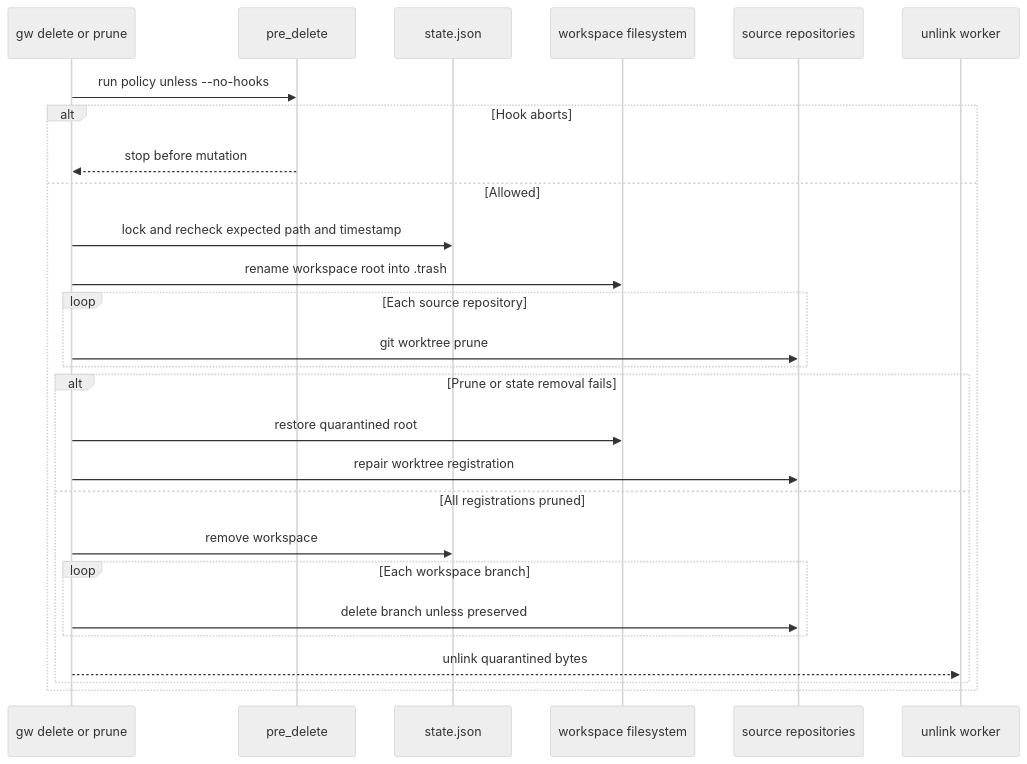
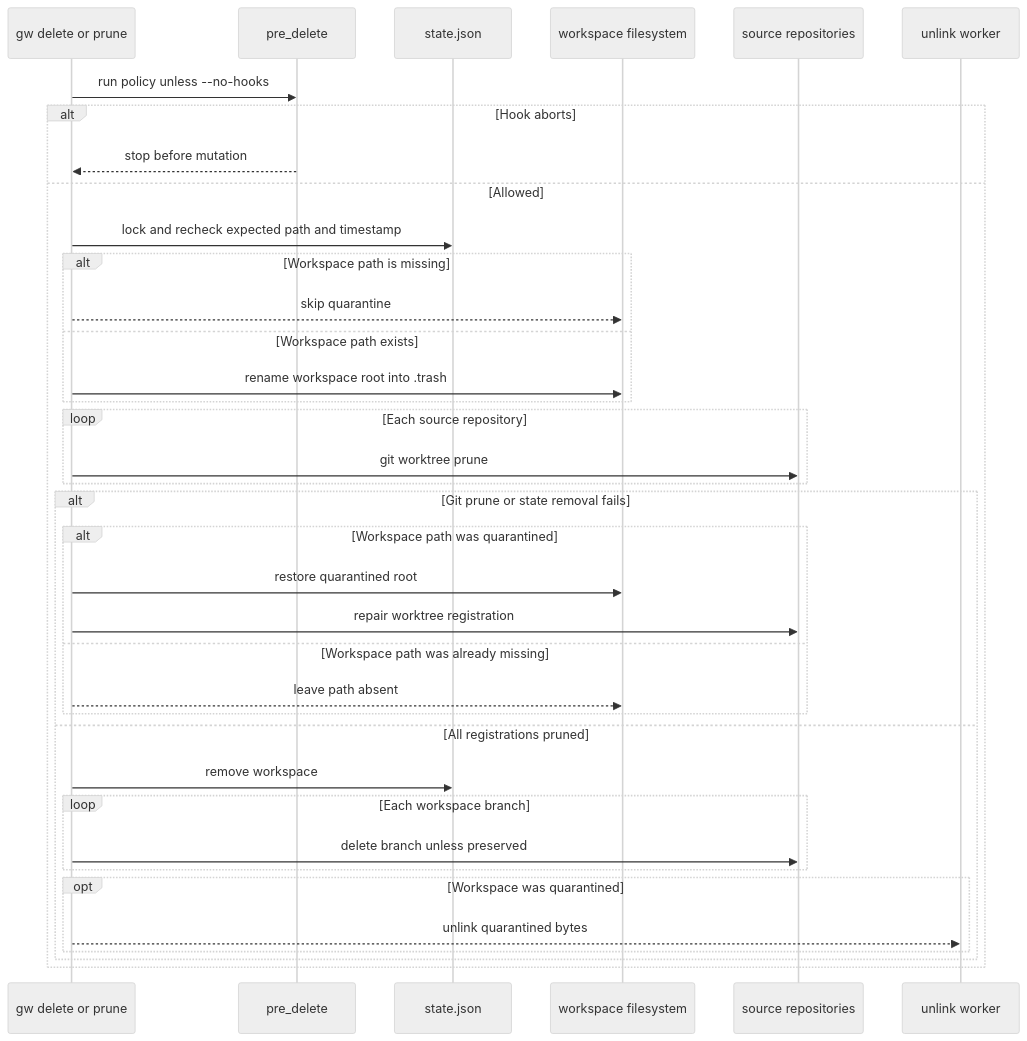
Before and after one commit to nicksenap/grove: the second of 2 diagrams in openwiki/workflows.md, drawn with Mermaid (neutral theme). The commit also changed other lines of this file and 21 other files, not shown here.

````diff
--- a/openwiki/workflows.md
+++ b/openwiki/workflows.md
@@ -163,29 +165,39 @@
 ```mermaid
 sequenceDiagram
     participant CLI as gw delete or prune
     participant Hook as pre_delete
     participant State as state.json
     participant FS as workspace filesystem
     participant Git as source repositories
     participant Trash as unlink worker
     CLI->>Hook: run policy unless --no-hooks
     alt Hook aborts
         Hook-->>CLI: stop before mutation
     else Allowed
         CLI->>State: lock and recheck expected path and timestamp
-        CLI->>FS: rename workspace root into .trash
+        alt Workspace path is missing
+            CLI-->>FS: skip quarantine
+        else Workspace path exists
+            CLI->>FS: rename workspace root into .trash
+        end
         loop Each source repository
             CLI->>Git: git worktree prune
         end
-        alt Prune or state removal fails
-            CLI->>FS: restore quarantined root
-            CLI->>Git: repair worktree registration
+        alt Git prune or state removal fails
+            alt Workspace path was quarantined
+                CLI->>FS: restore quarantined root
+                CLI->>Git: repair worktree registration
+            else Workspace path was already missing
+                CLI-->>FS: leave path absent
+            end
         else All registrations pruned
             CLI->>State: remove workspace
             loop Each workspace branch
                 CLI->>Git: delete branch unless preserved
             end
-            CLI-->>Trash: unlink quarantined bytes
+            opt Workspace was quarantined
+                CLI-->>Trash: unlink quarantined bytes
+            end
         end
     end
 ```
````
